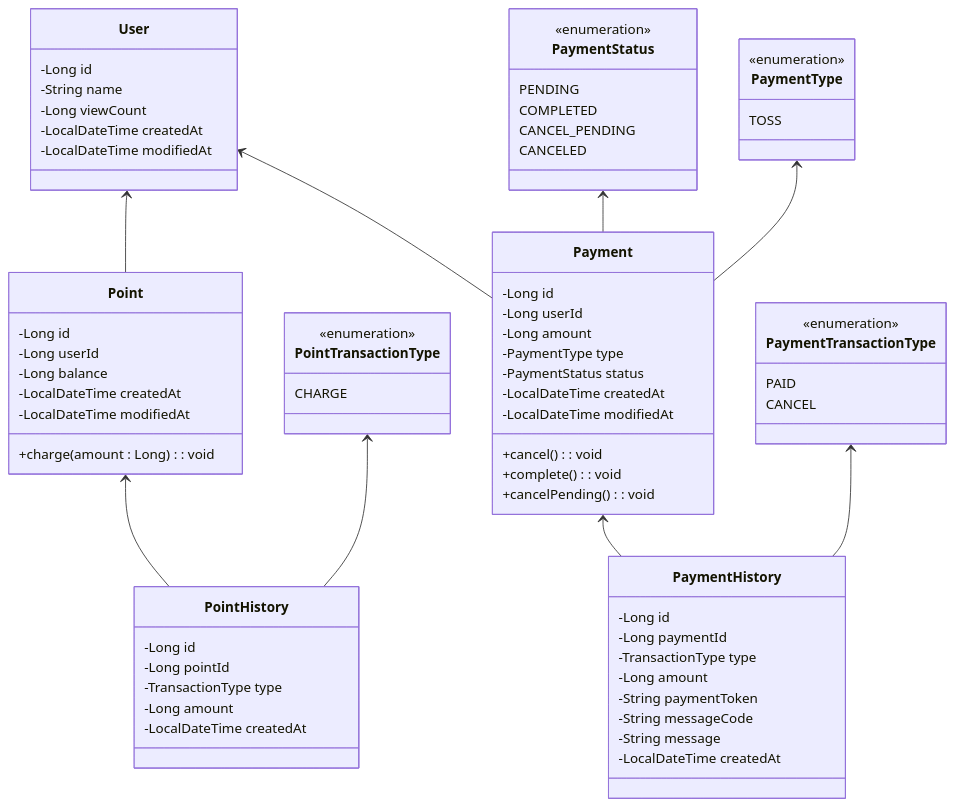
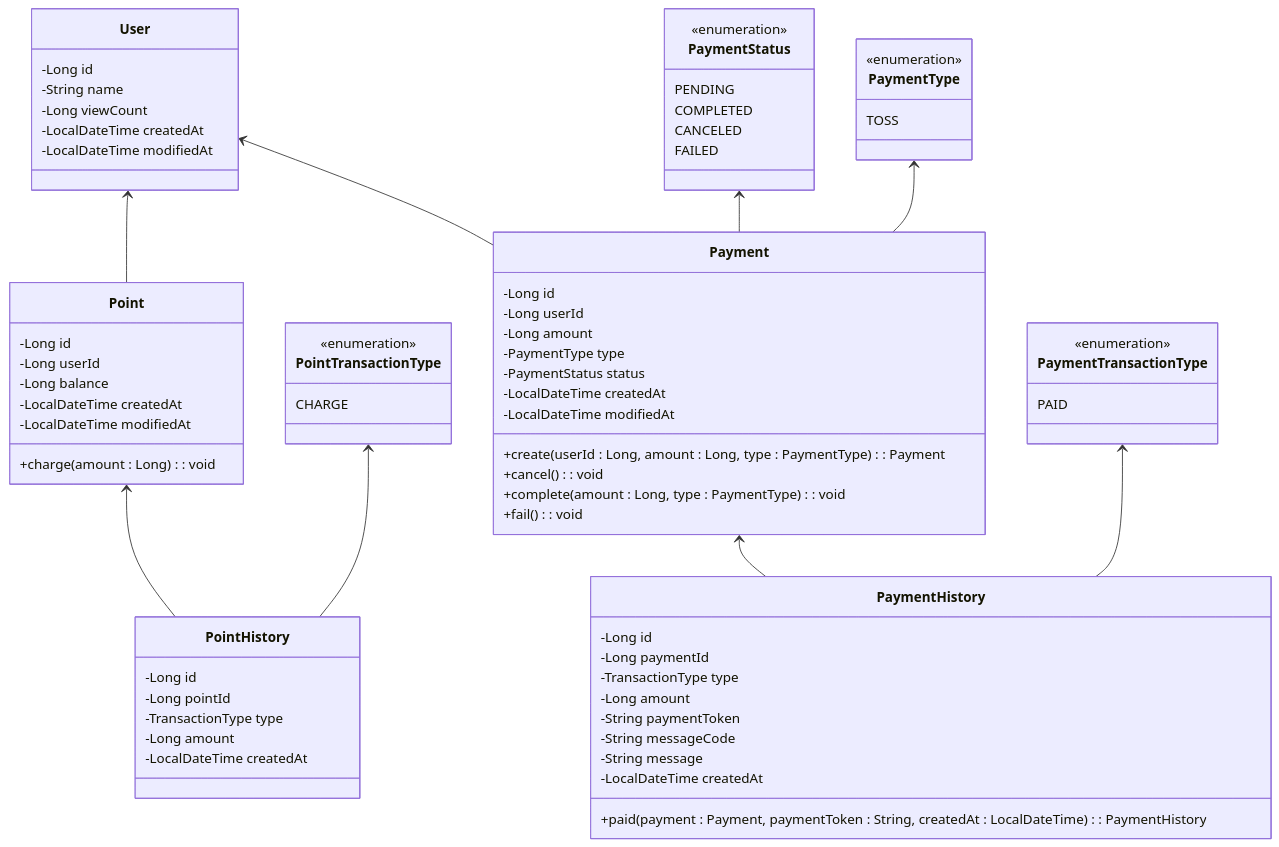
Before and after one commit to geonyeop123/pointly: the diagram in docs/classDiagram.md, drawn with Mermaid.

Commit message:
docs : update to payment class diagram

````diff
--- a/docs/classDiagram.md
+++ b/docs/classDiagram.md
@@ -10,81 +10,82 @@
 ```mermaid
 classDiagram
     User<--Point
     User<--Payment
     PaymentStatus<--Payment
     PaymentType<--Payment
     Point<--PointHistory
     Payment<--PaymentHistory
     PaymentTransactionType<--PaymentHistory
     PointTransactionType<--PointHistory
     class User {
         -Long id
         -String name
         -Long viewCount
         -LocalDateTime createdAt
         -LocalDateTime modifiedAt
     }
     class Point {
         -Long id
         -Long userId
         -Long balance
         -LocalDateTime createdAt
         -LocalDateTime modifiedAt
         +charge(amount : Long) : void
     }
     class Payment {
         -Long id
         -Long userId
         -Long amount
         -PaymentType type
         -PaymentStatus status
         -LocalDateTime createdAt
         -LocalDateTime modifiedAt
+        +create(userId : Long, amount : Long, type : PaymentType) : Payment
         +cancel() : void
-        +complete() : void
-        +cancelPending() : void
+        +complete(amount : Long, type : PaymentType) : void
+        +fail() : void
     }
 
     class PaymentStatus {
         <<enumeration>>
         PENDING
         COMPLETED
-        CANCEL_PENDING
         CANCELED
+        FAILED
     }
 
     class PaymentType {
         <<enumeration>>
         TOSS
     }
 
     class PaymentHistory {
         -Long id
         -Long paymentId
         -TransactionType type
         -Long amount
         -String paymentToken
         -String messageCode
         -String message
         -LocalDateTime createdAt
+        +paid(payment : Payment, paymentToken : String, createdAt : LocalDateTime) : PaymentHistory
     }
 
     class PaymentTransactionType {
         <<enumeration>>
         PAID
-        CANCEL
     }
     class PointHistory{
         -Long id
         -Long pointId
         -TransactionType type
         -Long amount
         -LocalDateTime createdAt
     }
     class PointTransactionType {
         <<enumeration>>
         CHARGE
     }
 
 
 ```
````
